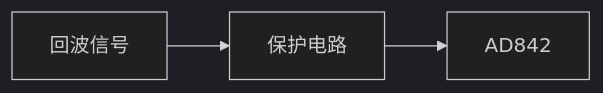
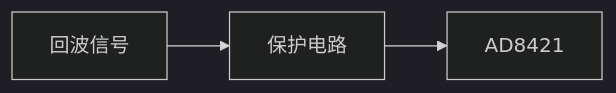
One commit to Rukawa15/iodraw-files changed the diagram in all/未命名-1.md. Above: the diagram before and after it, drawn with Mermaid (dark theme).

Commit message:
2025-06-18 18:57:43 update

````diff
--- a/all/未命名-1.md
+++ b/all/未命名-1.md
@@ -1,7 +1,8 @@
 ```mermaid
 graph LR
 A[回波信号] --> B[保护电路]
-B --> C[AD842]
+B --> C[AD8421]
+
 
     
 ```
````
